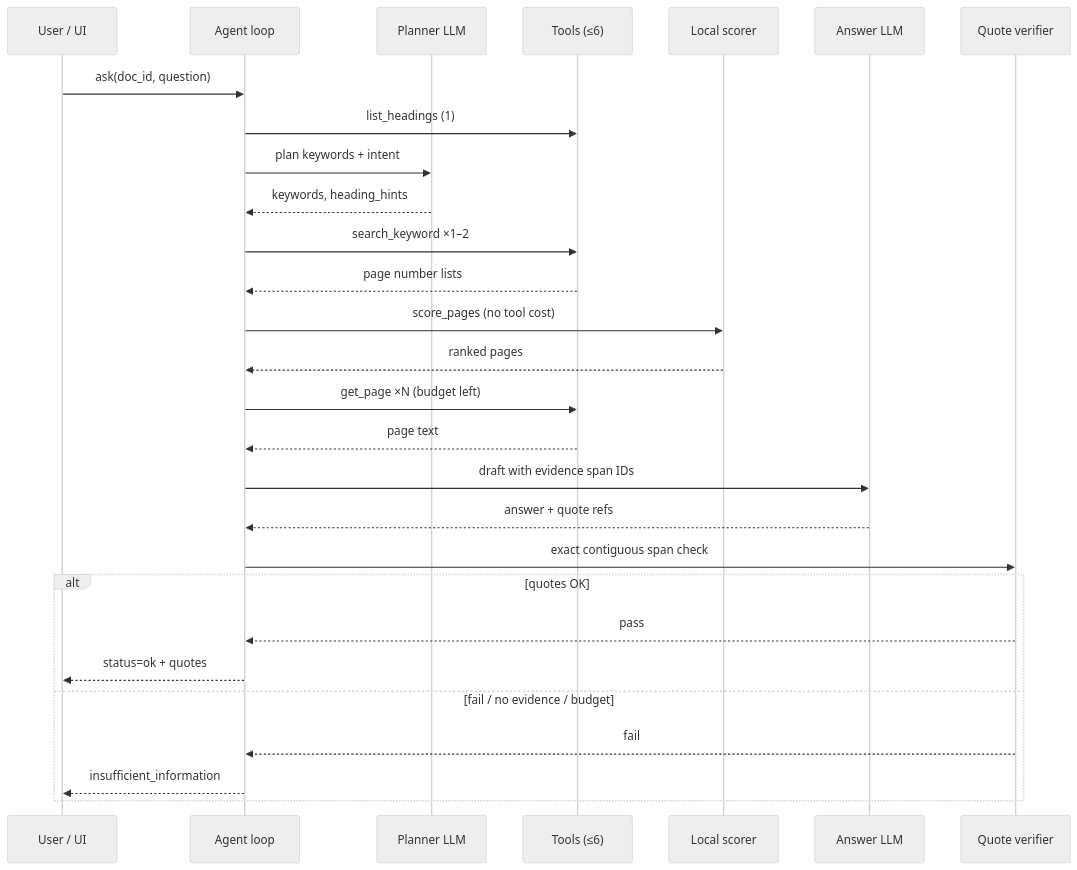
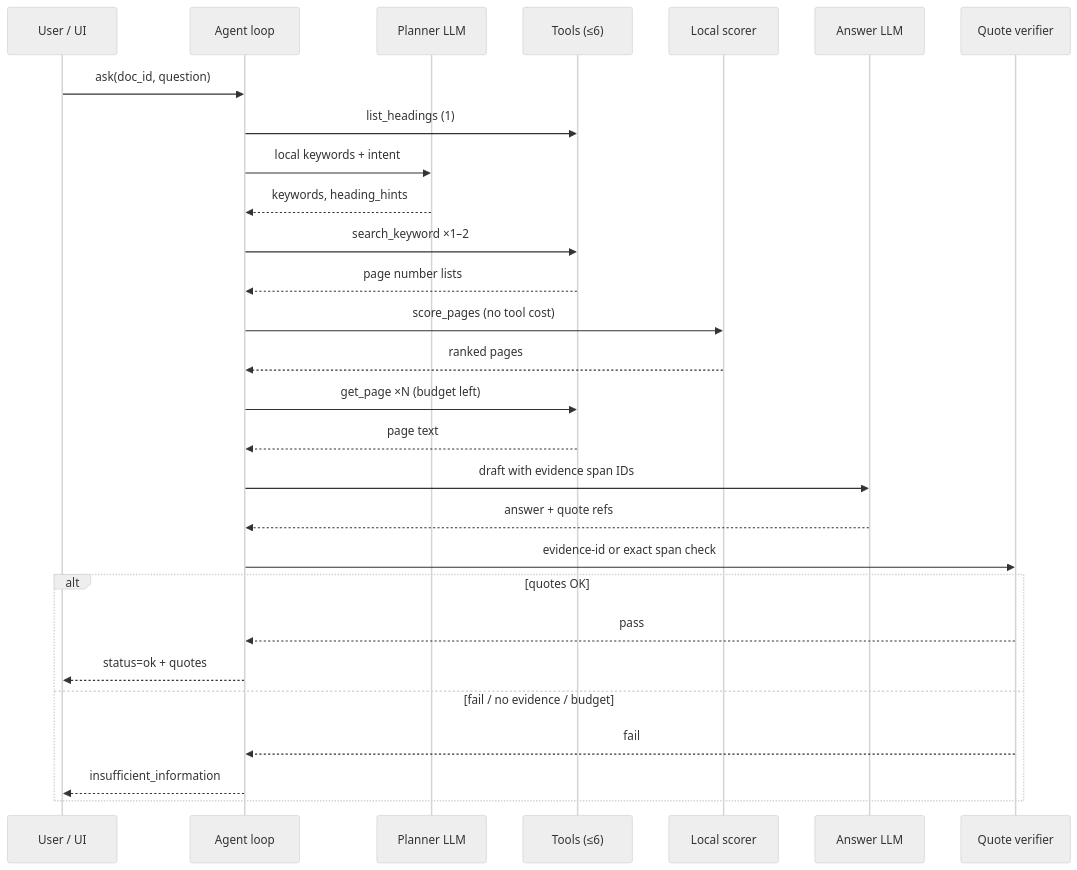
The fourth of 9 diagrams in README.md (riyaz-ahamed-07/SixCall), drawn with Mermaid (neutral theme) before and after one commit. The commit also changed other lines of this file and 22 other files, not shown here.

````diff
--- a/README.md
+++ b/README.md
@@ -179,31 +179,31 @@
 ```mermaid
 sequenceDiagram
   participant U as User / UI
   participant A as Agent loop
   participant P as Planner LLM
   participant T as Tools (≤6)
   participant S as Local scorer
   participant Ans as Answer LLM
   participant V as Quote verifier
 
   U->>A: ask(doc_id, question)
   A->>T: list_headings (1)
-  A->>P: plan keywords + intent
+  A->>P: local keywords + intent
   P-->>A: keywords, heading_hints
   A->>T: search_keyword ×1–2
   T-->>A: page number lists
   A->>S: score_pages (no tool cost)
   S-->>A: ranked pages
   A->>T: get_page ×N (budget left)
   T-->>A: page text
   A->>Ans: draft with evidence span IDs
   Ans-->>A: answer + quote refs
-  A->>V: exact contiguous span check
+  A->>V: evidence-id or exact span check
   alt quotes OK
     V-->>A: pass
     A-->>U: status=ok + quotes
   else fail / no evidence / budget
     V-->>A: fail
     A-->>U: insufficient_information
   end
 ```
````
